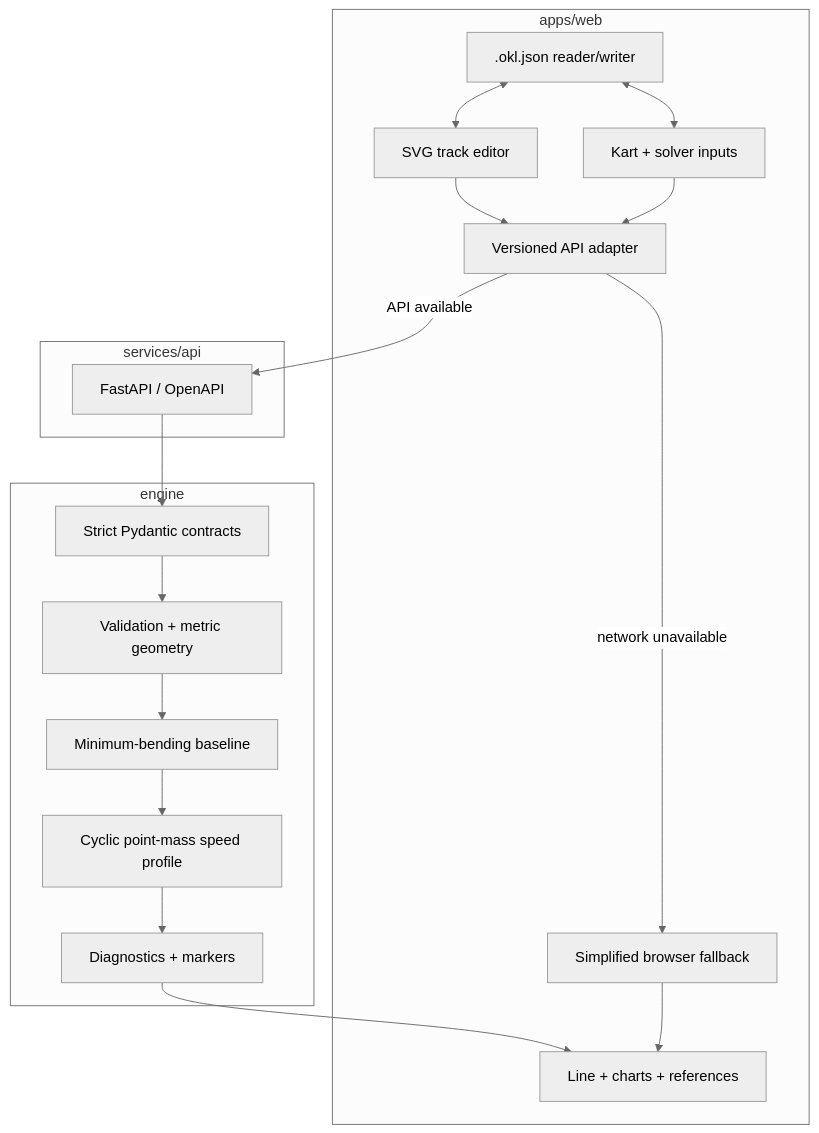
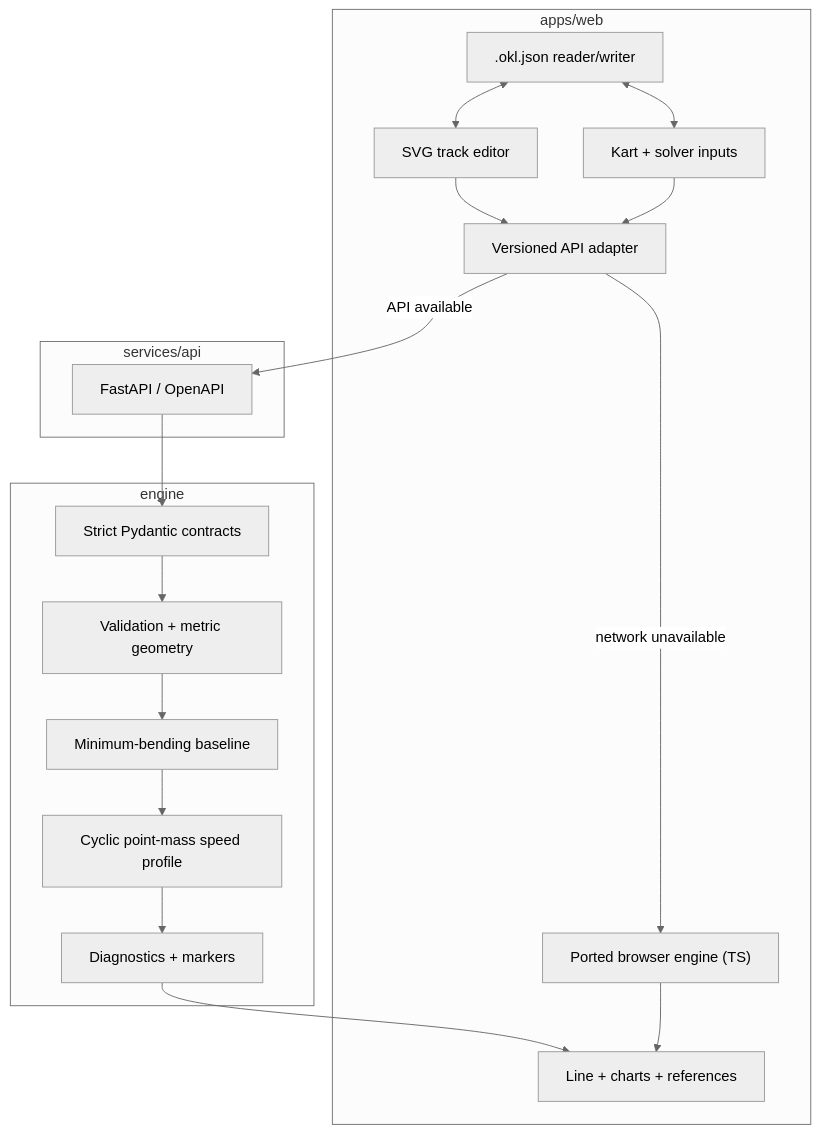
Before and after one commit to Navesz/openkartline: the diagram in docs/ARCHITECTURE.md, drawn with Mermaid (neutral theme). The commit also changed other lines of this file and 35 other files, not shown here.

````diff
--- a/docs/ARCHITECTURE.md
+++ b/docs/ARCHITECTURE.md
@@ -16,33 +16,33 @@
 ```mermaid
 flowchart TB
     subgraph Web["apps/web"]
       Editor["SVG track editor"]
       Form["Kart + solver inputs"]
       Adapter["Versioned API adapter"]
-      BrowserSolver["Simplified browser fallback"]
+      BrowserSolver["Ported browser engine (TS)"]
       Viewer["Line + charts + references"]
       Project[".okl.json reader/writer"]
     end
 
     subgraph API["services/api"]
       HTTP["FastAPI / OpenAPI"]
     end
 
     subgraph Core["engine"]
       Contract["Strict Pydantic contracts"]
       Geometry["Validation + metric geometry"]
       Path["Minimum-bending baseline"]
       Physics["Cyclic point-mass speed profile"]
       Explain["Diagnostics + markers"]
     end
 
     Editor --> Adapter
     Form --> Adapter
     Adapter -->|API available| HTTP
     Adapter -->|network unavailable| BrowserSolver
     HTTP --> Contract --> Geometry --> Path --> Physics --> Explain
     Explain --> Viewer
     BrowserSolver --> Viewer
     Project <--> Editor
     Project <--> Form
 ```
````
